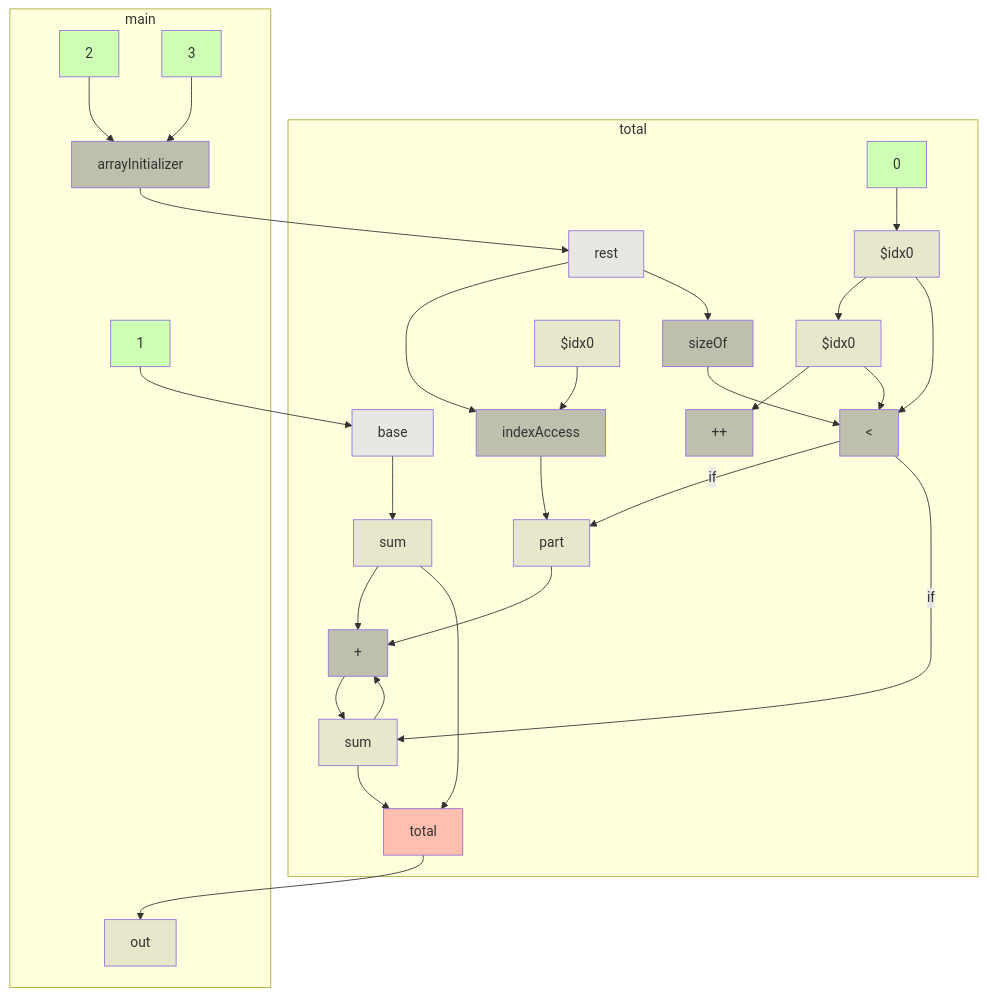
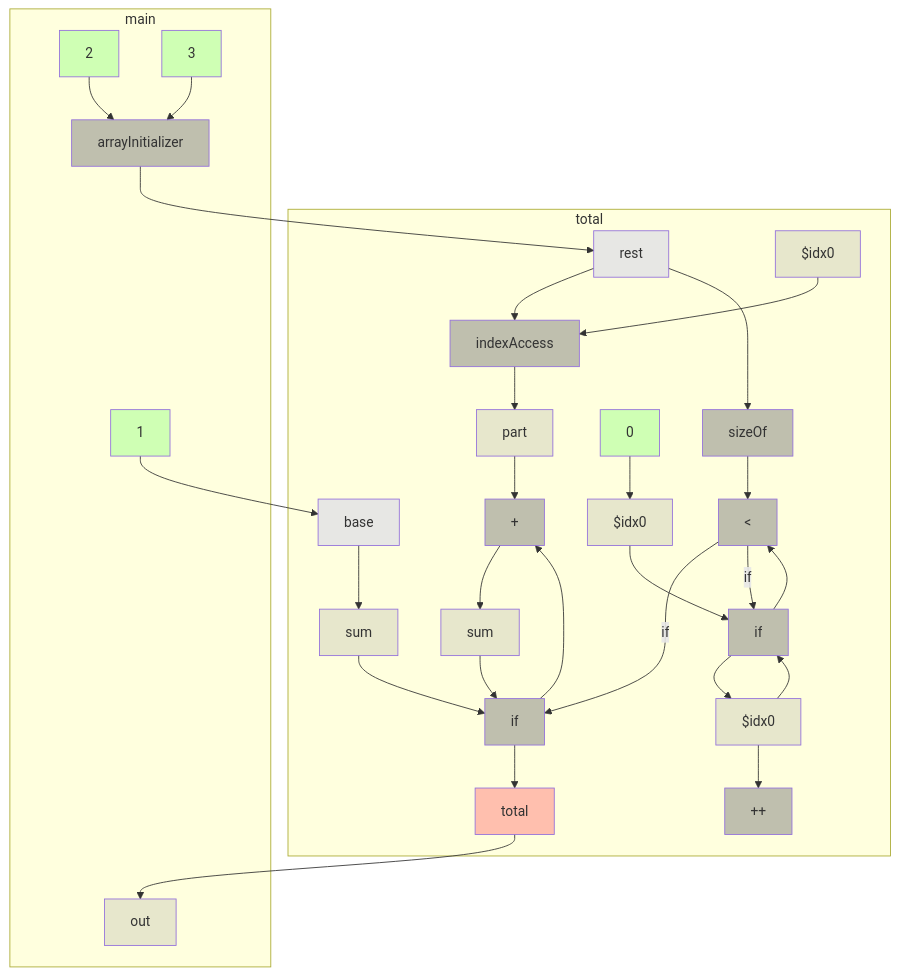
One commit to gstiebler/codeflow changed the diagram in app/src/test/resources/varargs/spike-truth.md. Above: the diagram before and after it, drawn with Mermaid. The commit also changed 17 other files, not shown here.

````diff
--- a/app/src/test/resources/varargs/spike-truth.md
+++ b/app/src/test/resources/varargs/spike-truth.md
@@ -3,58 +3,61 @@
 ```mermaid
 flowchart TD
   subgraph m0["total"]
     n0["++"]:::BIN_OP
     n1["+"]:::BIN_OP
     n2["#lt;"]:::BIN_OP
     n3["indexAccess"]:::BIN_OP
     n4["sizeOf"]:::BIN_OP
     n5["base"]:::FUNC_PARAM
     n6["rest"]:::FUNC_PARAM
-    n7["0"]:::LITERAL
-    n8["total"]:::RETURN
-    n9["$idx0"]:::VARIABLE
-    n10["$idx0"]:::VARIABLE
+    n7["if"]:::BIN_OP
+    n8["if"]:::BIN_OP
+    n9["0"]:::LITERAL
+    n10["total"]:::RETURN
     n11["$idx0"]:::VARIABLE
-    n12["part"]:::VARIABLE
-    n13["sum"]:::VARIABLE
-    n14["sum"]:::VARIABLE
+    n12["$idx0"]:::VARIABLE
+    n13["$idx0"]:::VARIABLE
+    n14["part"]:::VARIABLE
+    n15["sum"]:::VARIABLE
+    n16["sum"]:::VARIABLE
   end
   subgraph m1["main"]
-    n15["arrayInitializer"]:::BIN_OP
-    n16["1"]:::LITERAL
-    n17["2"]:::LITERAL
-    n18["3"]:::LITERAL
-    n19["out"]:::VARIABLE
+    n17["arrayInitializer"]:::BIN_OP
+    n18["1"]:::LITERAL
+    n19["2"]:::LITERAL
+    n20["3"]:::LITERAL
+    n21["out"]:::VARIABLE
   end
-  n1 --> n14
-  n10 --> n11
-  n10 --> n2
-  n11 --> n0
-  n11 --> n2
-  n12 --> n1
-  n13 --> n1
+  n1 --> n16
+  n10 --> n21
+  n11 --> n3
+  n12 --> n8
+  n13 --> n0
   n13 --> n8
   n14 --> n1
-  n14 --> n8
-  n15 --> n6
-  n16 --> n5
-  n17 --> n15
-  n18 --> n15
-  n2 -->|if| n12
-  n2 -->|if| n14
-  n3 --> n12
+  n15 --> n7
+  n16 --> n7
+  n17 --> n6
+  n18 --> n5
+  n19 --> n17
+  n2 -->|if| n7
+  n2 -->|if| n8
+  n20 --> n17
+  n3 --> n14
   n4 --> n2
-  n5 --> n13
+  n5 --> n15
   n6 --> n3
   n6 --> n4
+  n7 --> n1
   n7 --> n10
-  n8 --> n19
-  n9 --> n3
+  n8 --> n13
+  n8 --> n2
+  n9 --> n12
   classDef LITERAL fill:#00FF0030
   classDef VARIABLE fill:#80808030
   classDef BIN_OP fill:#80808080
   classDef FUNC_PARAM fill:#8080FF30
   classDef RETURN fill:#FF808080
   classDef EXTERNAL fill:#FFA50040
   classDef UNMODELLED fill:#FF000030,stroke-dasharray: 4 2
 ```
````
